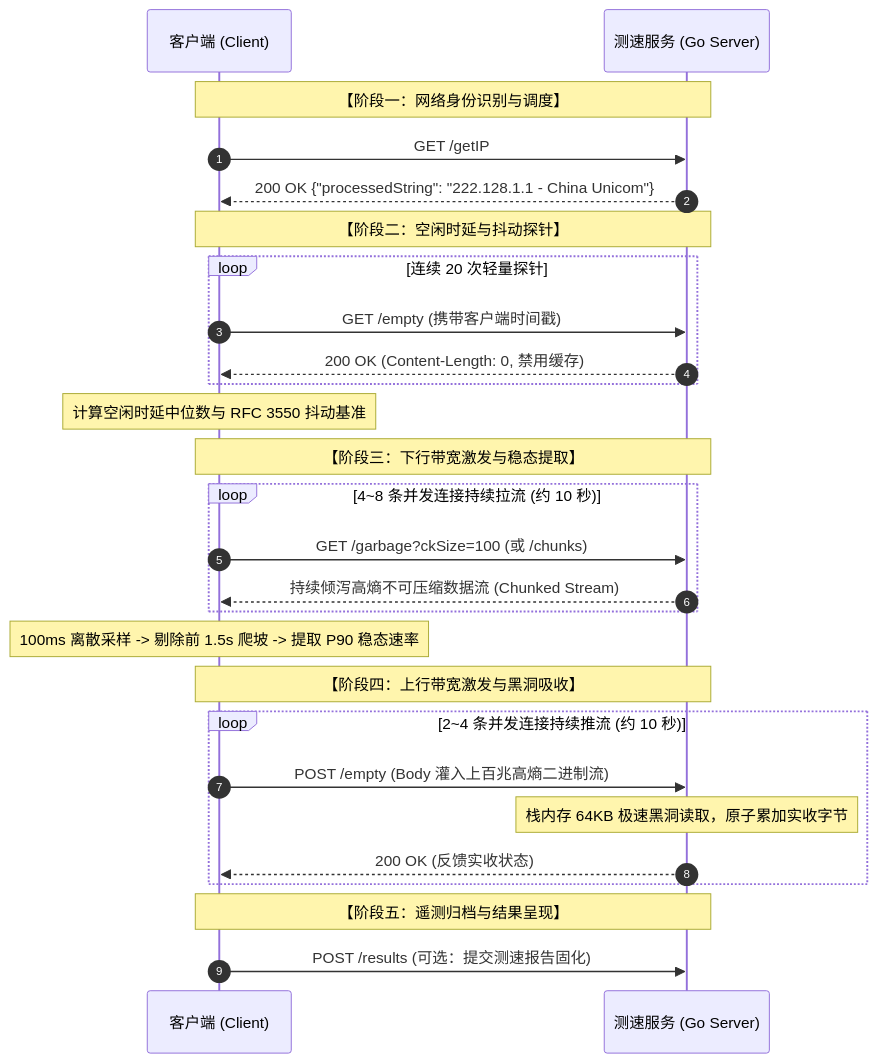
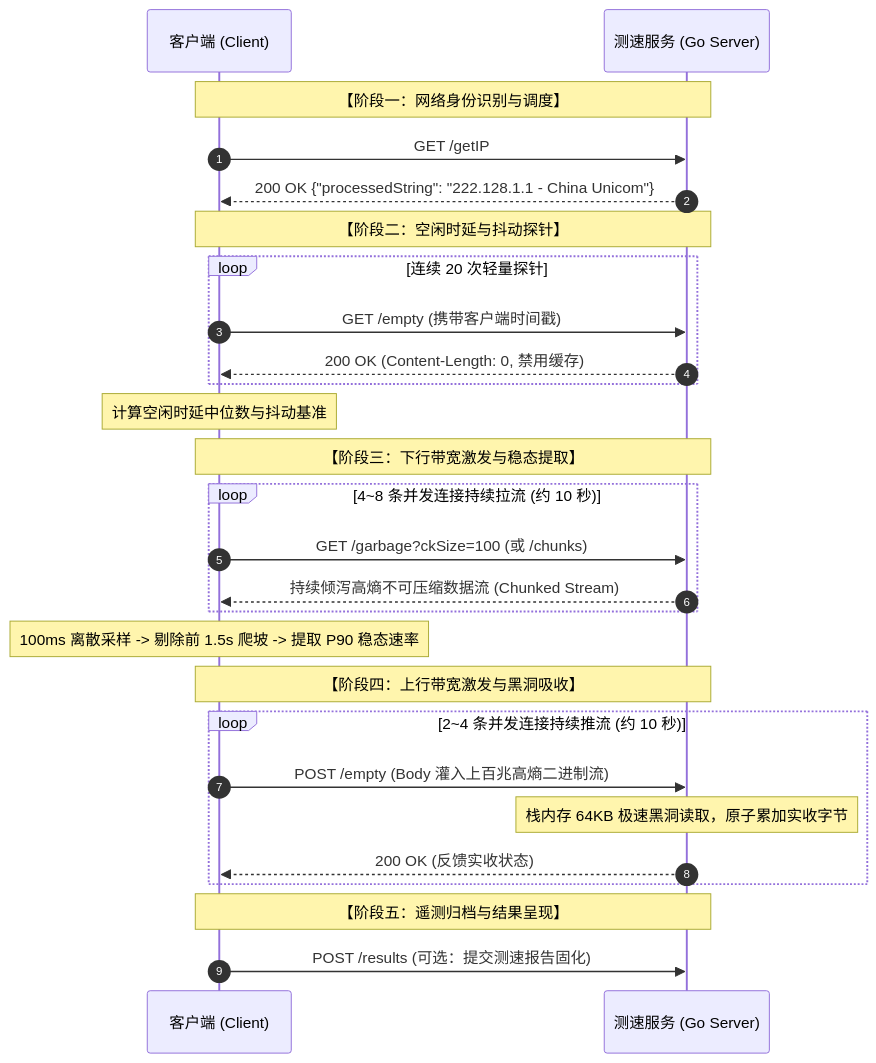
One commit to MoreConsequence/MoreConsequence.github.io changed the second of 2 diagrams in content/posts/speedtest-go-deep-dive-whitepaper.md. Above: the diagram before and after it, drawn with Mermaid. The commit also changed other lines of this file, not shown here.

Commit message:
refactor(blog): 精简冗余纵向图表、平实通俗化专业概念、由浅入深优化《测速服务底层工程与 Go 核心实现深度剖析》

````diff
--- a/content/posts/speedtest-go-deep-dive-whitepaper.md
+++ b/content/posts/speedtest-go-deep-dive-whitepaper.md
@@ -134,34 +95,34 @@
 ```mermaid
 sequenceDiagram
     autonumber
     participant C as 客户端 (Client)
     participant S as 测速服务 (Go Server)
 
     Note over C,S: 【阶段一：网络身份识别与调度】
     C->>S: GET /getIP
     S-->>C: 200 OK {"processedString": "222.128.1.1 - China Unicom"}
 
     Note over C,S: 【阶段二：空闲时延与抖动探针】
     loop 连续 20 次轻量探针
         C->>S: GET /empty (携带客户端时间戳)
         S-->>C: 200 OK (Content-Length: 0, 禁用缓存)
     end
-    Note over C: 计算空闲时延中位数与 RFC 3550 抖动基准
+    Note over C: 计算空闲时延中位数与抖动基准
 
     Note over C,S: 【阶段三：下行带宽激发与稳态提取】
     loop 4~8 条并发连接持续拉流 (约 10 秒)
         C->>S: GET /garbage?ckSize=100 (或 /chunks)
         S-->>C: 持续倾泻高熵不可压缩数据流 (Chunked Stream)
     end
     Note over C: 100ms 离散采样 -> 剔除前 1.5s 爬坡 -> 提取 P90 稳态速率
 
     Note over C,S: 【阶段四：上行带宽激发与黑洞吸收】
     loop 2~4 条并发连接持续推流 (约 10 秒)
         C->>S: POST /empty (Body 灌入上百兆高熵二进制流)
         Note over S: 栈内存 64KB 极速黑洞读取，原子累加实收字节
         S-->>C: 200 OK (反馈实收状态)
     end
 
     Note over C,S: 【阶段五：遥测归档与结果呈现】
     C->>S: POST /results (可选：提交测速报告固化)
 ```
````
